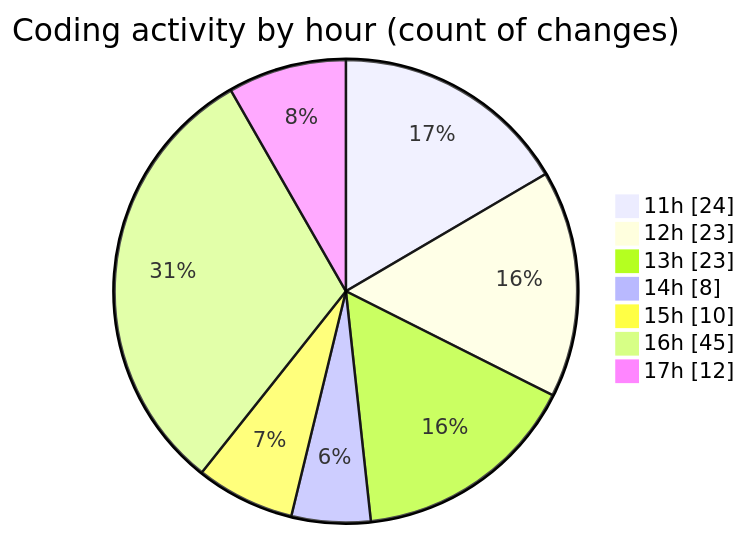
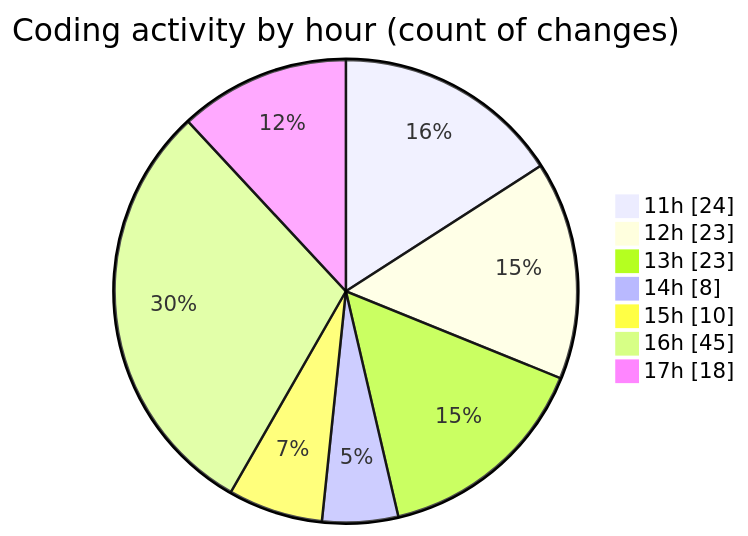
Before and after one commit to nxtqubesakshisongat/code-tracking: the second of 2 diagrams in 2025-09-18/nxtqube_webapp/README.md, drawn with Mermaid. The commit also changed other lines of this file and 1 other file, not shown here.

````diff
--- a/2025-09-18/nxtqube_webapp/README.md
+++ b/2025-09-18/nxtqube_webapp/README.md
@@ -51,11 +51,11 @@
 ```mermaid
 pie showData
 title Coding activity by hour (count of changes)
 "11h" : 24
 "12h" : 23
 "13h" : 23
 "14h" : 8
 "15h" : 10
 "16h" : 45
-"17h" : 12
+"17h" : 18
 ```
````
